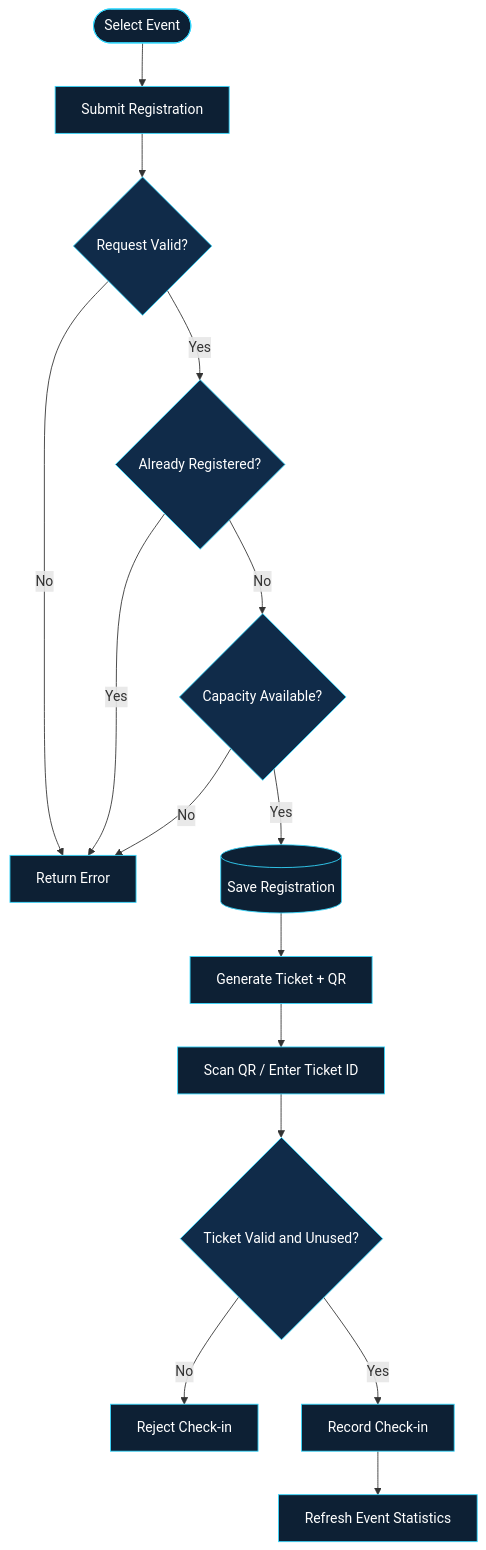
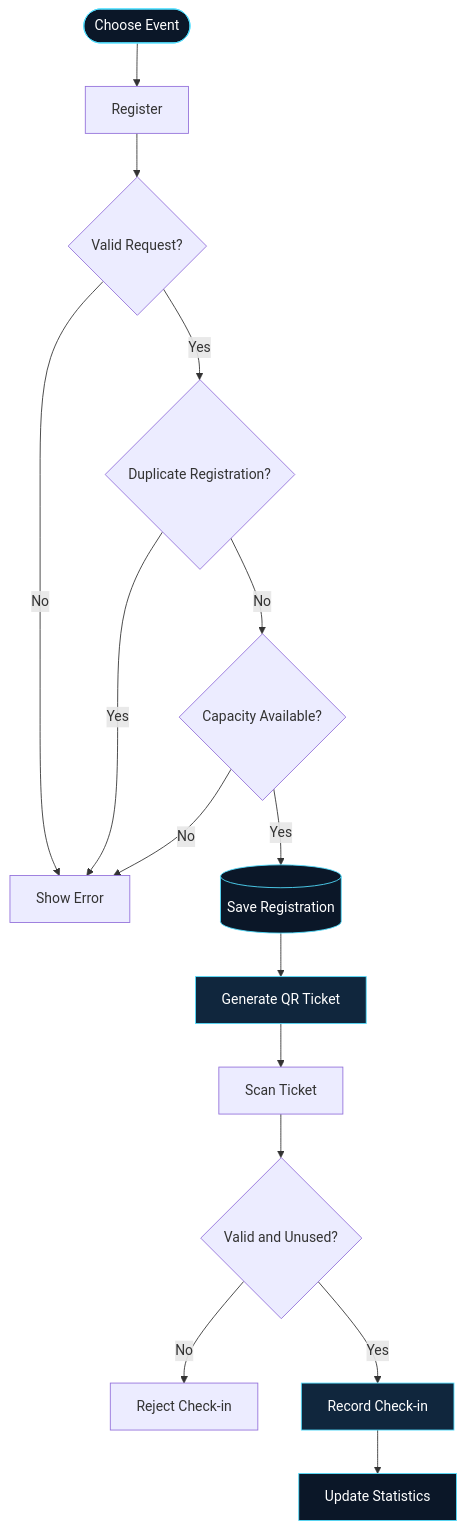
One commit to Priyanka170974/Priyanka170974 changed the second of 2 diagrams in README.md. Above: the diagram before and after it, drawn with Mermaid. The commit also changed other lines of this file, not shown here.

````diff
--- a/README.md
+++ b/README.md
@@ -113,22 +84,23 @@
 ```mermaid
 flowchart TD
-    A(["Select Event"]) --> B["Submit Registration"]
-    B --> C{"Request Valid?"}
-    C -- No --> X["Return Error"]
-    C -- Yes --> D{"Already Registered?"}
+    A([Choose Event]) --> B[Register]
+    B --> C{Valid Request?}
+    C -- No --> X[Show Error]
+    C -- Yes --> D{Duplicate Registration?}
     D -- Yes --> X
-    D -- No --> E{"Capacity Available?"}
+    D -- No --> E{Capacity Available?}
     E -- No --> X
-    E -- Yes --> F[("Save Registration")]
-    F --> G["Generate Ticket + QR"]
-    G --> H["Scan QR / Enter Ticket ID"]
-    H --> I{"Ticket Valid and Unused?"}
-    I -- No --> J["Reject Check-in"]
-    I -- Yes --> K["Record Check-in"]
-    K --> L["Refresh Event Statistics"]
+    E -- Yes --> F[(Save Registration)]
+    F --> G[Generate QR Ticket]
+    G --> H[Scan Ticket]
+    H --> I{Valid and Unused?}
+    I -- No --> J[Reject Check-in]
+    I -- Yes --> K[Record Check-in]
+    K --> L[Update Statistics]
 
-    classDef node fill:#0D2034,stroke:#35D9FF,color:#FFFFFF
-    classDef decision fill:#102B49,stroke:#35D9FF,color:#FFFFFF
-    class A,F,G,K,L node
-    class C,D,E,I decision
+    style A fill:#0B1728,stroke:#53DFFF,color:#FFFFFF
+    style F fill:#0B1728,stroke:#53DFFF,color:#FFFFFF
+    style G fill:#10263D,stroke:#53DFFF,color:#FFFFFF
+    style K fill:#10263D,stroke:#53DFFF,color:#FFFFFF
+    style L fill:#0B1728,stroke:#53DFFF,color:#FFFFFF
 ```
````
